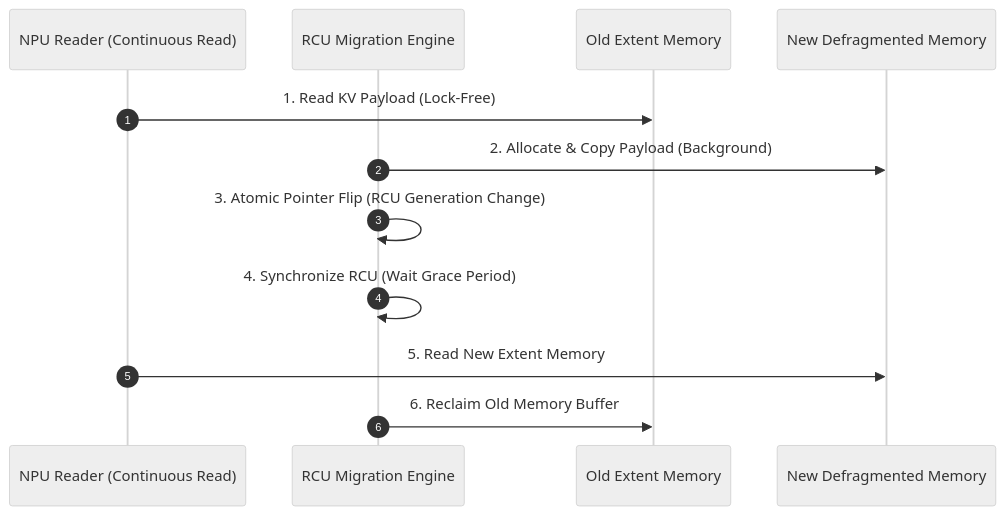
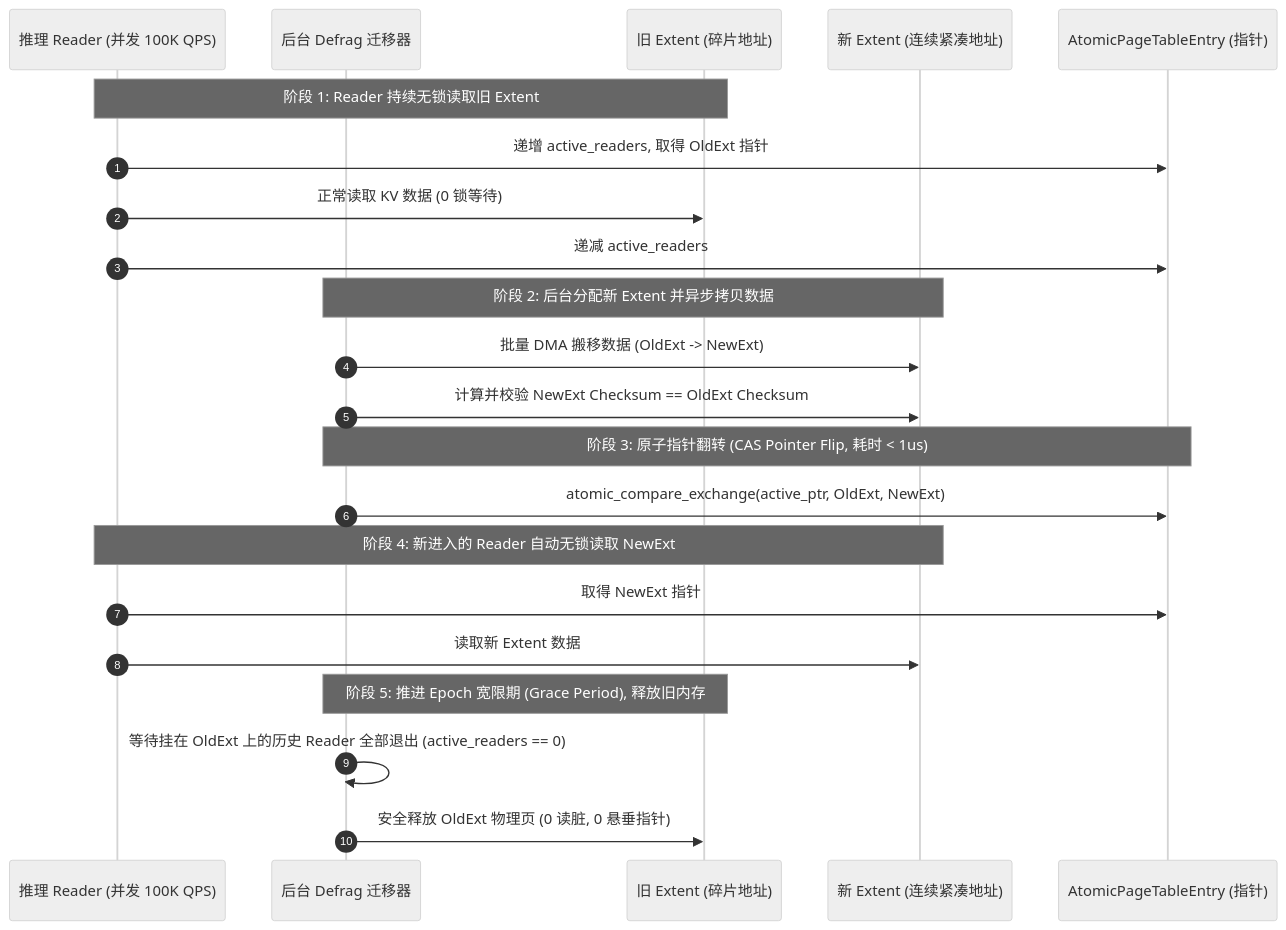
Before and after one commit to stonetree/reports: the diagram in kvcache/unified_kv_memory/提前验证方案设计/验证计划方案设计/10_CVT-02_PageMigration软件RCU与硬件AtomicRemap必要性证伪实施方案设计.md, drawn with Mermaid (neutral theme). The commit also changed other lines of this file and 51 other files, not shown here.

````diff
--- a/kvcache/unified_kv_memory/提前验证方案设计/验证计划方案设计/10_CVT-02_PageMigration软件RCU与硬件AtomicRemap必要性证伪实施方案设计.md
+++ b/kvcache/unified_kv_memory/提前验证方案设计/验证计划方案设计/10_CVT-02_PageMigration软件RCU与硬件AtomicRemap必要性证伪实施方案设计.md
@@ -54,15 +54,29 @@
 ```mermaid
 sequenceDiagram
     autonumber
-    participant Reader as NPU Reader (Continuous Read)
-    participant RCU as RCU Migration Engine
-    participant OldMem as Old Extent Memory
-    participant NewMem as New Defragmented Memory
+    participant Reader as 推理 Reader (并发 100K QPS)
+    participant Defrag as 后台 Defrag 迁移器
+    participant OldExt as 旧 Extent (碎片地址)
+    participant NewExt as 新 Extent (连续紧凑地址)
+    participant Entry as AtomicPageTableEntry (指针)
 
-    Reader->>OldMem: 1. Read KV Payload (Lock-Free)
-    RCU->>NewMem: 2. Allocate & Copy Payload (Background)
-    RCU->>RCU: 3. Atomic Pointer Flip (RCU Generation Change)
-    RCU->>RCU: 4. Synchronize RCU (Wait Grace Period)
-    Reader->>NewMem: 5. Read New Extent Memory
-    RCU->>OldMem: 6. Reclaim Old Memory Buffer
+    Note over Reader,OldExt: 阶段 1: Reader 持续无锁读取旧 Extent
+    Reader->>Entry: 递增 active_readers, 取得 OldExt 指针
+    Reader->>OldExt: 正常读取 KV 数据 (0 锁等待)
+    Reader->>Entry: 递减 active_readers
+    
+    Note over Defrag,NewExt: 阶段 2: 后台分配新 Extent 并异步拷贝数据
+    Defrag->>NewExt: 批量 DMA 搬移数据 (OldExt -> NewExt)
+    Defrag->>NewExt: 计算并校验 NewExt Checksum == OldExt Checksum
+    
+    Note over Defrag,Entry: 阶段 3: 原子指针翻转 (CAS Pointer Flip, 耗时 < 1us)
+    Defrag->>Entry: atomic_compare_exchange(active_ptr, OldExt, NewExt)
+    
+    Note over Reader,NewExt: 阶段 4: 新进入的 Reader 自动无锁读取 NewExt
+    Reader->>Entry: 取得 NewExt 指针
+    Reader->>NewExt: 读取新 Extent 数据
+    
+    Note over Defrag,OldExt: 阶段 5: 推进 Epoch 宽限期 (Grace Period), 释放旧内存
+    Defrag->>Defrag: 等待挂在 OldExt 上的历史 Reader 全部退出 (active_readers == 0)
+    Defrag->>OldExt: 安全释放 OldExt 物理页 (0 读脏, 0 悬垂指针)
 ```
````
